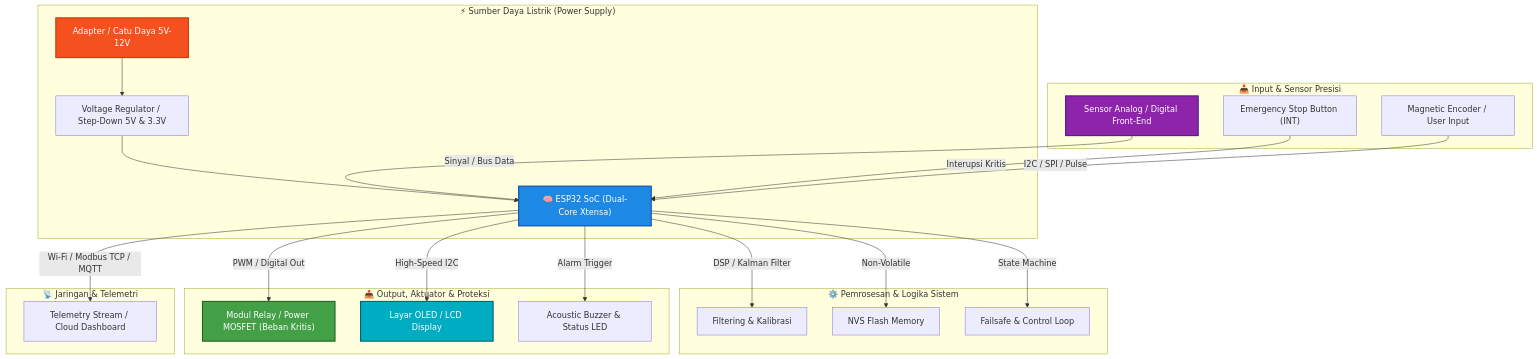
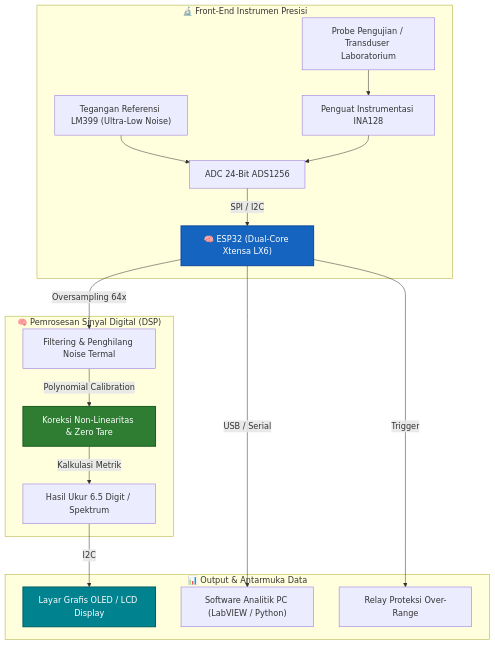
Before and after one commit to muhammadfikri-dev/esp32-tga-furnace-controller: the diagram in README.md, drawn with Mermaid. The commit also changed other lines of this file, not shown here.

Commit message:
docs: update unique domain-specific Mermaid architecture & tailored BOM for Scientific & Laboratory

````diff
--- a/README.md
+++ b/README.md
@@ -17,35 +17,25 @@
 ```mermaid
 graph TD
-    subgraph Power_Supply ["⚡ Sumber Daya Listrik (Power Supply)"]
-        PSU["Adapter / Catu Daya 5V-12V"] --> REG["Voltage Regulator / Step-Down 5V & 3.3V"]
-        REG --> MCU["🧠 ESP32 SoC (Dual-Core Xtensa)"]
+    subgraph Instrument_FrontEnd ["🔬 Front-End Instrumen Presisi"]
+        PROBE["Probe Pengujian / Transduser Laboratorium"] --> INA["Penguat Instrumentasi INA128"]
+        REF["Tegangan Referensi LM399 (Ultra-Low Noise)"] --> ADC["ADC 24-Bit ADS1256"]
+        INA --> ADC
+        ADC -->|"SPI / I2C"| MCU["🧠 ESP32 (Dual-Core Xtensa LX6)"]
     end
 
-    subgraph Inputs_Sensors ["📥 Input & Sensor Presisi"]
-        SENS["Sensor Analog / Digital Front-End"] -->|"Sinyal / Bus Data"| MCU
-        ESTOP["Emergency Stop Button (INT)"] -->|"Interupsi Kritis"| MCU
-        ENC["Magnetic Encoder / User Input"] -->|"I2C / SPI / Pulse"| MCU
+    subgraph Math_Engine ["🧠 Pemrosesan Sinyal Digital (DSP)"]
+        MCU -->|"Oversampling 64x"| DSP["Filtering & Penghilang Noise Termal"]
+        DSP -->|"Polynomial Calibration"| CALIB["Koreksi Non-Linearitas & Zero Tare"]
+        CALIB -->|"Kalkulasi Metrik"| RESULT["Hasil Ukur 6.5 Digit / Spektrum"]
     end
 
-    subgraph Controller_Core ["⚙️ Pemrosesan & Logika Sistem"]
-        MCU -->|"DSP / Kalman Filter"| DSP["Filtering & Kalibrasi"]
-        MCU -->|"Non-Volatile"| NVS["NVS Flash Memory"]
-        MCU -->|"State Machine"| FSM["Failsafe & Control Loop"]
+    subgraph Scientific_UI ["📊 Output & Antarmuka Data"]
+        RESULT -->|"I2C"| GRAPH["Layar Grafis OLED / LCD Display"]
+        MCU -->|"USB / Serial"| PC["Software Analitik PC (LabVIEW / Python)"]
+        MCU -->|"Trigger"| RELAY_SAFE["Relay Proteksi Over-Range"]
     end
 
-    subgraph Outputs_Actuators ["📤 Output, Aktuator & Proteksi"]
-        MCU -->|"PWM / Digital Out"| RELAY["Modul Relay / Power MOSFET (Beban Kritis)"]
-        MCU -->|"High-Speed I2C"| DISP["Layar OLED / LCD Display"]
-        MCU -->|"Alarm Trigger"| BUZZ["Acoustic Buzzer & Status LED"]
-    end
-
-    subgraph Communication_Telemetry ["📡 Jaringan & Telemetri"]
-        MCU -->|"Wi-Fi / Modbus TCP / MQTT"| TELEM["Telemetry Stream / Cloud Dashboard"]
-    end
-
-    style MCU fill:#1e88e5,stroke:#0d47a1,stroke-width:2px,color:#ffffff
-    style PSU fill:#f4511e,stroke:#bf360c,stroke-width:2px,color:#ffffff
-    style RELAY fill:#43a047,stroke:#1b5e20,stroke-width:2px,color:#ffffff
-    style SENS fill:#8e24aa,stroke:#4a148c,stroke-width:2px,color:#ffffff
-    style DISP fill:#00acc1,stroke:#006064,stroke-width:2px,color:#ffffff
+    style MCU fill:#1565c0,stroke:#0d47a1,stroke-width:2px,color:#fff
+    style CALIB fill:#2e7d32,stroke:#1b5e20,stroke-width:2px,color:#fff
+    style GRAPH fill:#00838f,stroke:#006064,stroke-width:2px,color:#fff
 ```
````
